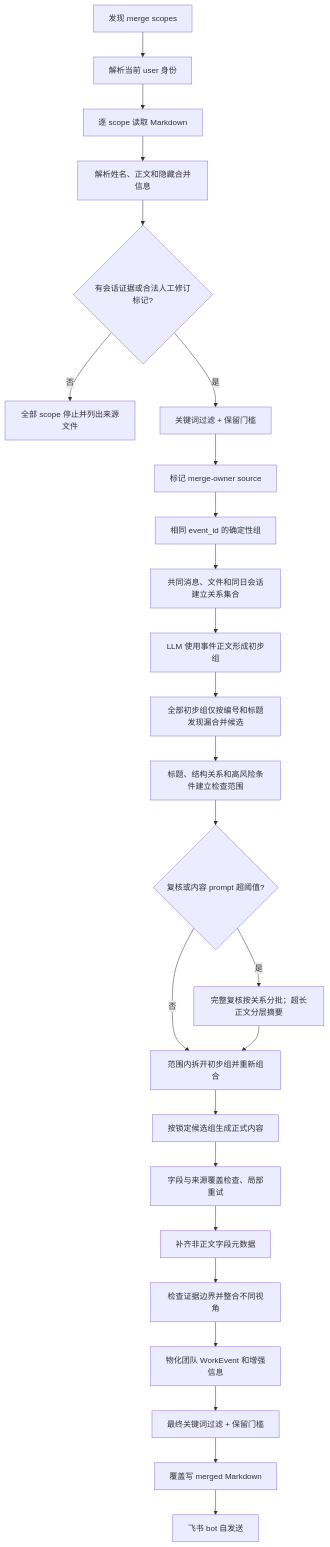
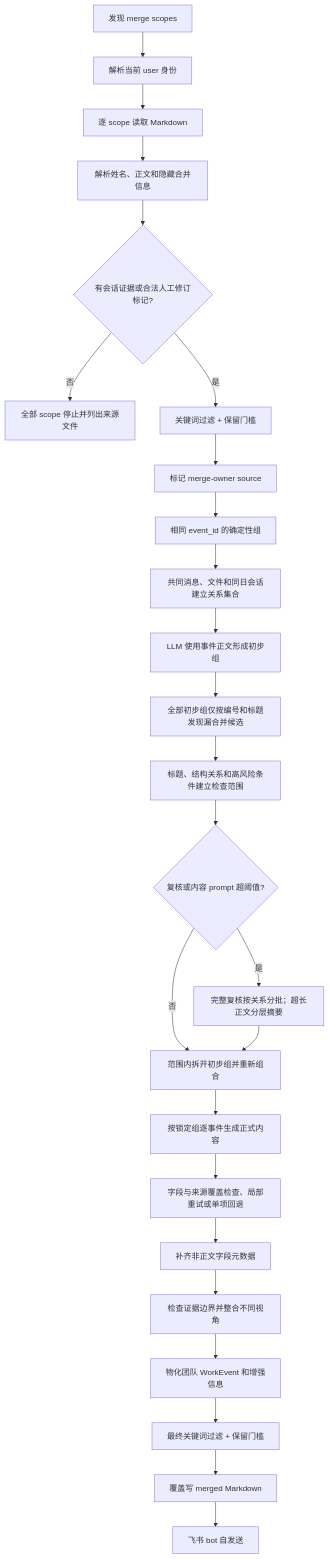
One commit to sunweisheng/WorkTrace changed the diagram in docs/collected-people-merge-plan.md. Above: the diagram before and after it, drawn with Mermaid. The commit also changed other lines of this file and 27 other files, not shown here.

````diff
--- a/docs/collected-people-merge-plan.md
+++ b/docs/collected-people-merge-plan.md
@@ -70,27 +70,27 @@
 ```mermaid
 flowchart TD
     A["发现 merge scopes"] --> B["解析当前 user 身份"]
     B --> C["逐 scope 读取 Markdown"]
     C --> D["解析姓名、正文和隐藏合并信息"]
     D --> E{"有会话证据或合法人工修订标记?"}
     E -->|"否"| X["全部 scope 停止并列出来源文件"]
     E -->|"是"| F["关键词过滤 + 保留门槛"]
     F --> G["标记 merge-owner source"]
     G --> H["相同 event_id 的确定性组"]
     H --> I["共同消息、文件和同日会话建立关系集合"]
     I --> J["LLM 使用事件正文形成初步组"]
     J --> J1["全部初步组仅按编号和标题发现漏合并候选"]
     J1 --> R["标题、结构关系和高风险条件建立检查范围"]
     R --> K{"复核或内容 prompt 超阈值?"}
     K -->|"是"| L["完整复核按关系分批；超长正文分层摘要"]
     K -->|"否"| V["范围内拆开初步组并重新组合"]
     L --> V
-    V --> M["按锁定候选组生成正式内容"]
-    M --> N["字段与来源覆盖检查、局部重试"]
+    V --> M["按锁定组逐事件生成正式内容"]
+    M --> N["字段与来源覆盖检查、局部重试或单项回退"]
     N --> O["补齐非正文字段元数据"]
     O --> P["检查证据边界并整合不同视角"]
     P --> Q["物化团队 WorkEvent 和增强信息"]
     Q --> Z["最终关键词过滤 + 保留门槛"]
     Z --> S["覆盖写 merged Markdown"]
     S --> T["飞书 bot 自发送"]
 ```
````
